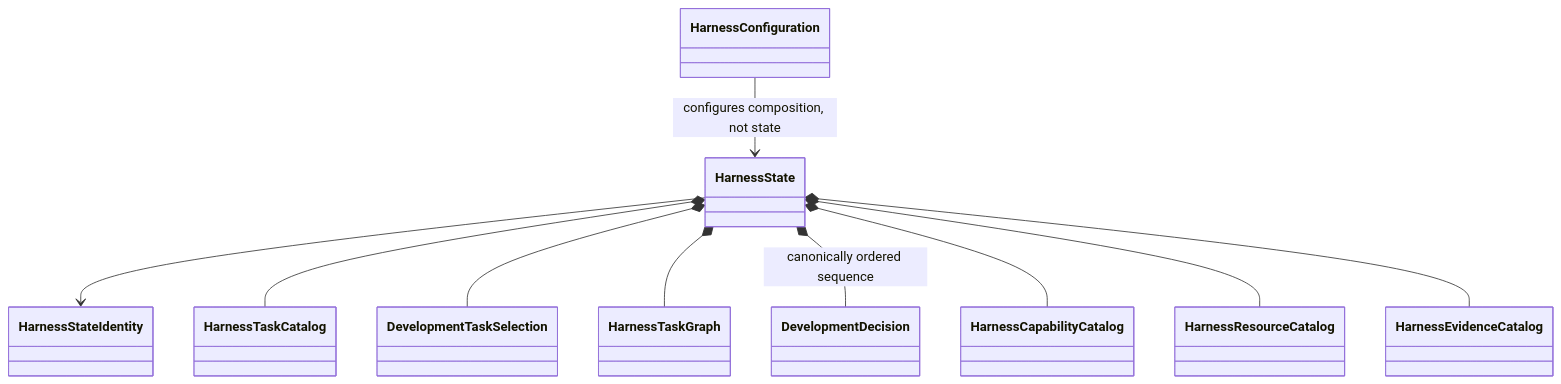
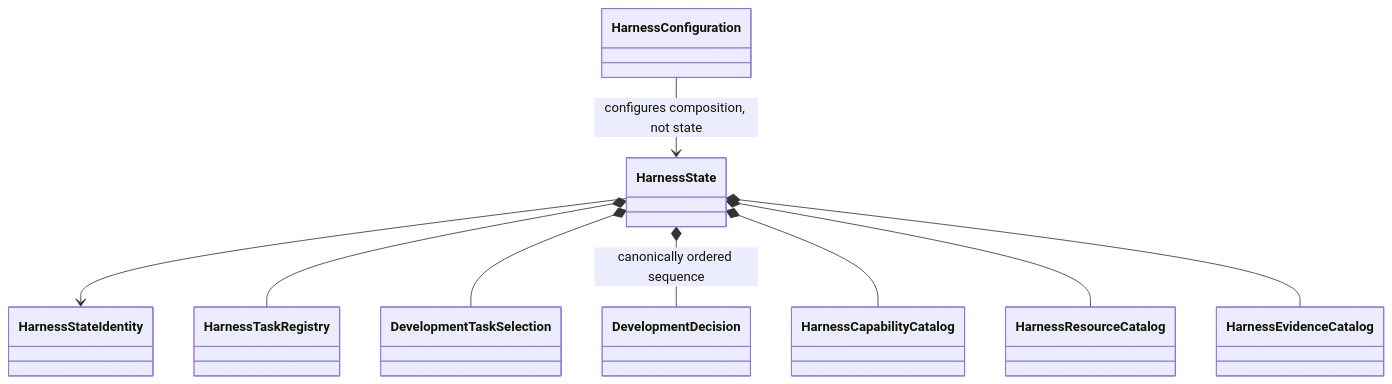
Before and after one commit to eragasa/ksdft2effmass: the diagram in docs/architecture/v2/ksdft2effmass/harness/object-model.md, drawn with Mermaid. The commit also changed other lines of this file and 123 other files, not shown here.

First line of the commit message:
Establish canonical v2 migration task graph

````diff
--- a/docs/architecture/v2/ksdft2effmass/harness/object-model.md
+++ b/docs/architecture/v2/ksdft2effmass/harness/object-model.md
@@ -5,23 +5,21 @@
 ```mermaid
 classDiagram
     class HarnessConfiguration
     class HarnessState
     class HarnessStateIdentity
-    class HarnessTaskCatalog
+    class HarnessTaskRegistry
     class DevelopmentTaskSelection
-    class HarnessTaskGraph
     class DevelopmentDecision
     class HarnessCapabilityCatalog
     class HarnessResourceCatalog
     class HarnessEvidenceCatalog
 
     HarnessConfiguration --> HarnessState : configures composition, not state
     HarnessState --> HarnessStateIdentity
-    HarnessState *-- HarnessTaskCatalog
+    HarnessState *-- HarnessTaskRegistry
     HarnessState *-- DevelopmentTaskSelection
-    HarnessState *-- HarnessTaskGraph
     HarnessState *-- DevelopmentDecision : canonically ordered sequence
     HarnessState *-- HarnessCapabilityCatalog
     HarnessState *-- HarnessResourceCatalog
     HarnessState *-- HarnessEvidenceCatalog
 ```
````
